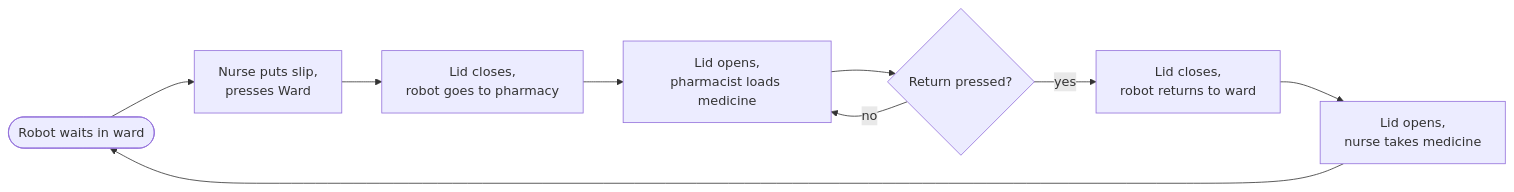
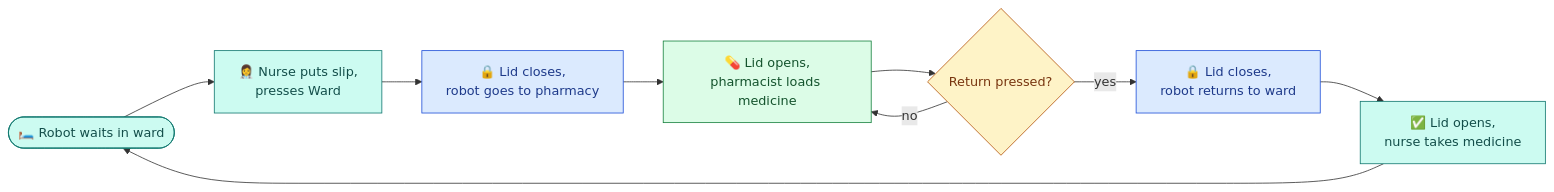
Before and after one commit to Hafsa-Anwar65/MediGuide: the first of 2 diagrams in README.md, drawn with Mermaid. The commit also changed other lines of this file, not shown here.

````diff
--- a/README.md
+++ b/README.md
@@ -32,11 +40,20 @@
 ```mermaid
 flowchart LR
-    A([Robot waits in ward]) --> B[Nurse puts slip,<br/>presses Ward]
-    B --> C[Lid closes,<br/>robot goes to pharmacy]
-    C --> D[Lid opens,<br/>pharmacist loads medicine]
+    A([🛏️ Robot waits in ward]) --> B[👩‍⚕️ Nurse puts slip,<br/>presses Ward]
+    B --> C[🔒 Lid closes,<br/>robot goes to pharmacy]
+    C --> D[💊 Lid opens,<br/>pharmacist loads medicine]
     D --> E{Return pressed?}
     E -- no --> D
-    E -- yes --> F[Lid closes,<br/>robot returns to ward]
-    F --> G[Lid opens,<br/>nurse takes medicine]
+    E -- yes --> F[🔒 Lid closes,<br/>robot returns to ward]
+    F --> G[✅ Lid opens,<br/>nurse takes medicine]
     G --> A
+
+    classDef ward fill:#CCFBF1,stroke:#0F766E,color:#134E4A
+    classDef move fill:#DBEAFE,stroke:#1D4ED8,color:#1E3A8A
+    classDef pharm fill:#DCFCE7,stroke:#15803D,color:#14532D
+    classDef ask fill:#FEF3C7,stroke:#B45309,color:#78350F
+    class A,B,G ward
+    class C,F move
+    class D pharm
+    class E ask
 ```
````
